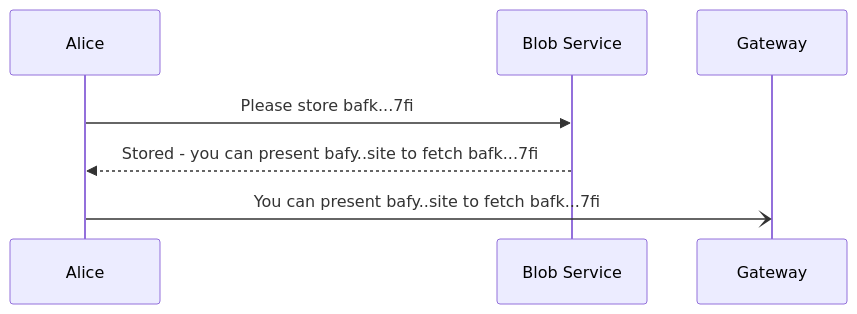
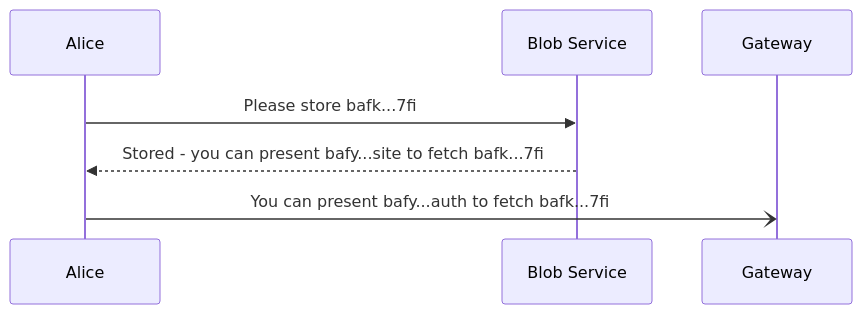
Before and after one commit to storacha/RFC: the second of 4 diagrams in rfc/egress-billing.md, drawn with Mermaid. The commit also changed other lines of this file, not shown here.

Commit message:
feat: MORE DIAGRAMS and more cleanup

````diff
--- a/rfc/egress-billing.md
+++ b/rfc/egress-billing.md
@@ -167,6 +167,6 @@
 ```mermaid
 sequenceDiagram
   Alice->>Blob Service: Please store bafk...7fi
-  Blob Service-->>Alice: Stored - you can present bafy..site to fetch bafk...7fi
-  Alice-)Gateway: You can present bafy..site to fetch bafk...7fi
+  Blob Service-->>Alice: Stored - you can present bafy...site to fetch bafk...7fi
+  Alice-)Gateway: You can present bafy...auth to fetch bafk...7fi
 ```
````
